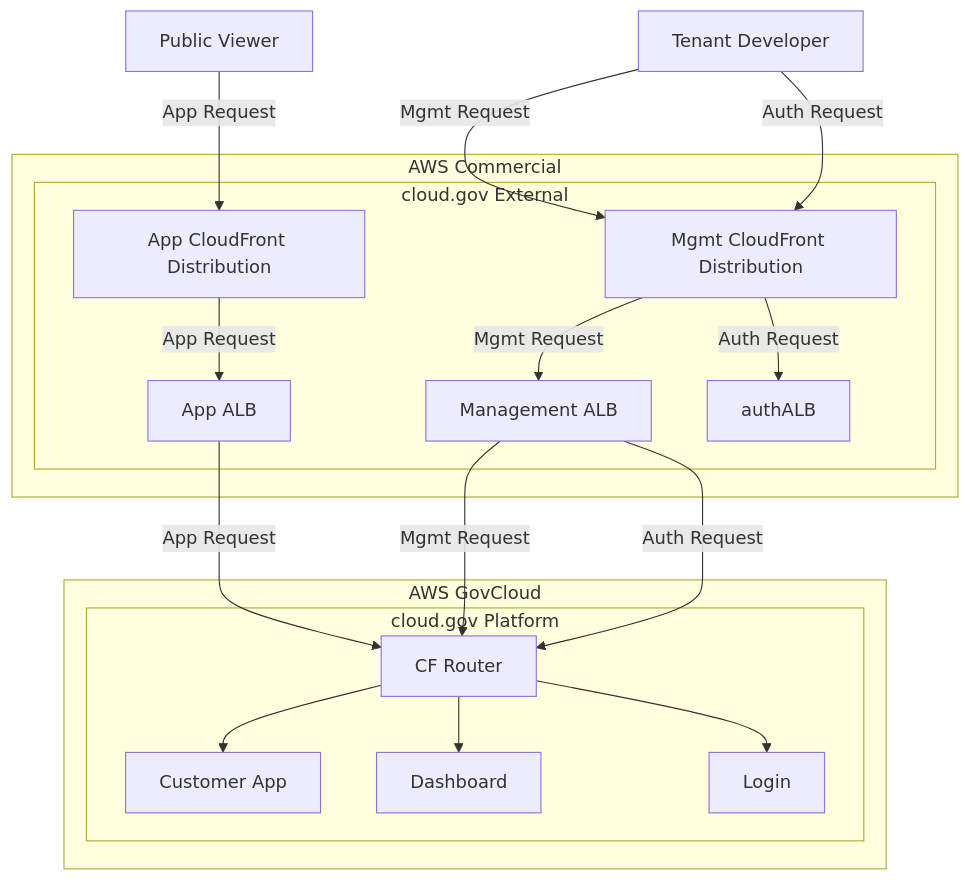
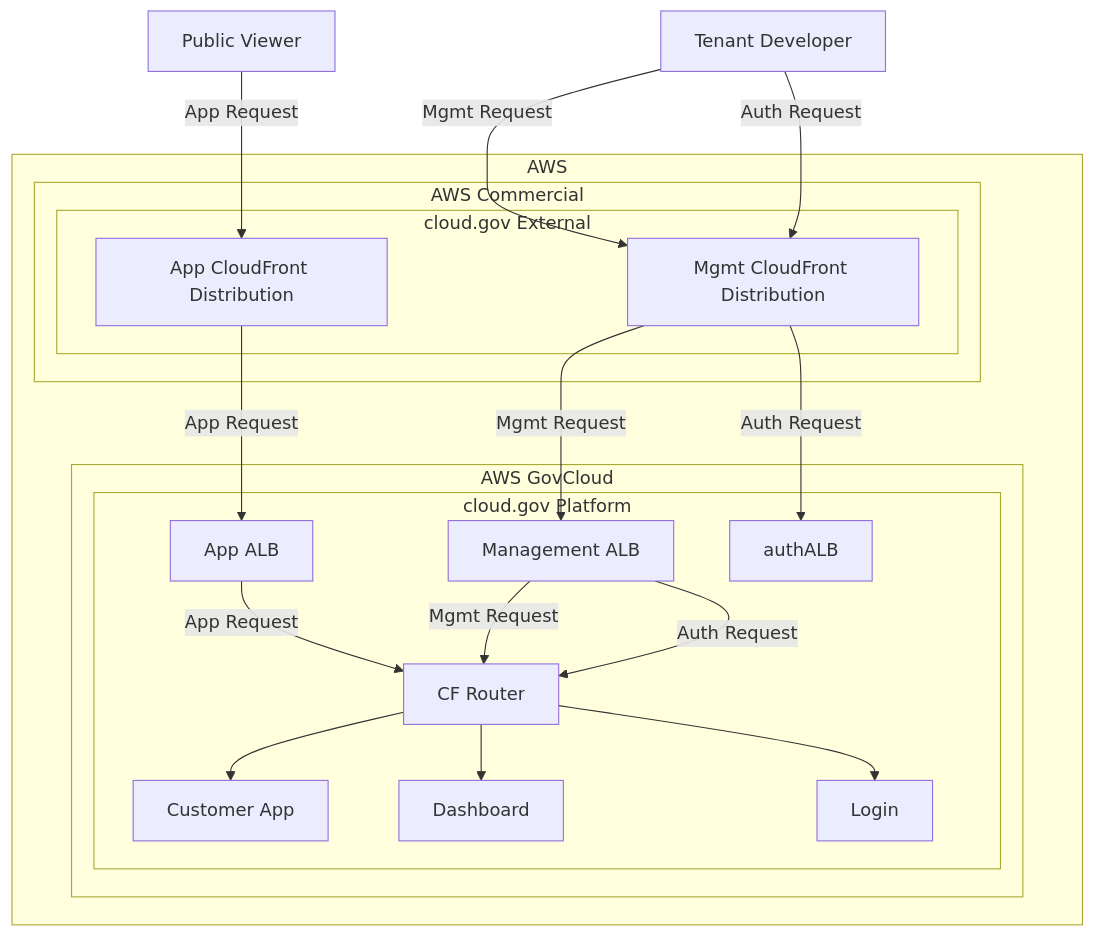
The third of 3 diagrams in adr/ADR-0009-shield-advanced.md (cloud-gov/product), drawn with Mermaid before and after one commit.

Commit message:
Iterating on system diagram

````diff
--- a/adr/ADR-0009-shield-advanced.md
+++ b/adr/ADR-0009-shield-advanced.md
@@ -77,24 +77,31 @@
 ```mermaid
 graph TD
     public[Public Viewer] -->|App Request| appCF
     tenant[Tenant Developer] -->|Mgmt Request| mgmtCF
     tenant[Tenant Developer] -->|Auth Request| mgmtCF
 
-    subgraph commercial["AWS Commercial"]
-        subgraph external["cloud.gov External"]
-            appCF[App CloudFront Distribution] -->|App Request| appALB
-            mgmtCF[Mgmt CloudFront Distribution] -->|Mgmt Request| mgmtALB
-            mgmtCF[Mgmt CloudFront Distribution] -->|Auth Request| authALB
+    subgraph aws["AWS"]
+        subgraph commercial["AWS Commercial"]
+            subgraph external["cloud.gov External"]
+                appCF[App CloudFront Distribution]
+                mgmtCF[Mgmt CloudFront Distribution]
+                mgmtCF[Mgmt CloudFront Distribution]
+            end
         end
-    end
-    subgraph govcloud["AWS GovCloud"]
-        subgraph platform["cloud.gov Platform"]
-            appALB[App ALB] -->|App Request| router[CF Router]
-            mgmtALB[Management ALB] -->|Mgmt Request| router
-            mgmtALB[Management ALB] -->|Auth Request| router
-            router --> app[Customer App]
-            router --> dashboard[Dashboard]
-            router --> login[Login]
+        subgraph govcloud["AWS GovCloud"]
+            subgraph platform["cloud.gov Platform"]
+                appCF -->|App Request| appALB
+                mgmtCF -->|Mgmt Request| mgmtALB
+                mgmtCF -->|Auth Request| authALB
+
+                appALB[App ALB] -->|App Request| router[CF Router]
+                mgmtALB[Management ALB] -->|Mgmt Request| router
+                mgmtALB[Management ALB] -->|Auth Request| router
+
+                router --> app[Customer App]
+                router --> dashboard[Dashboard]
+                router --> login[Login]
+            end
         end
     end
 ```
````
